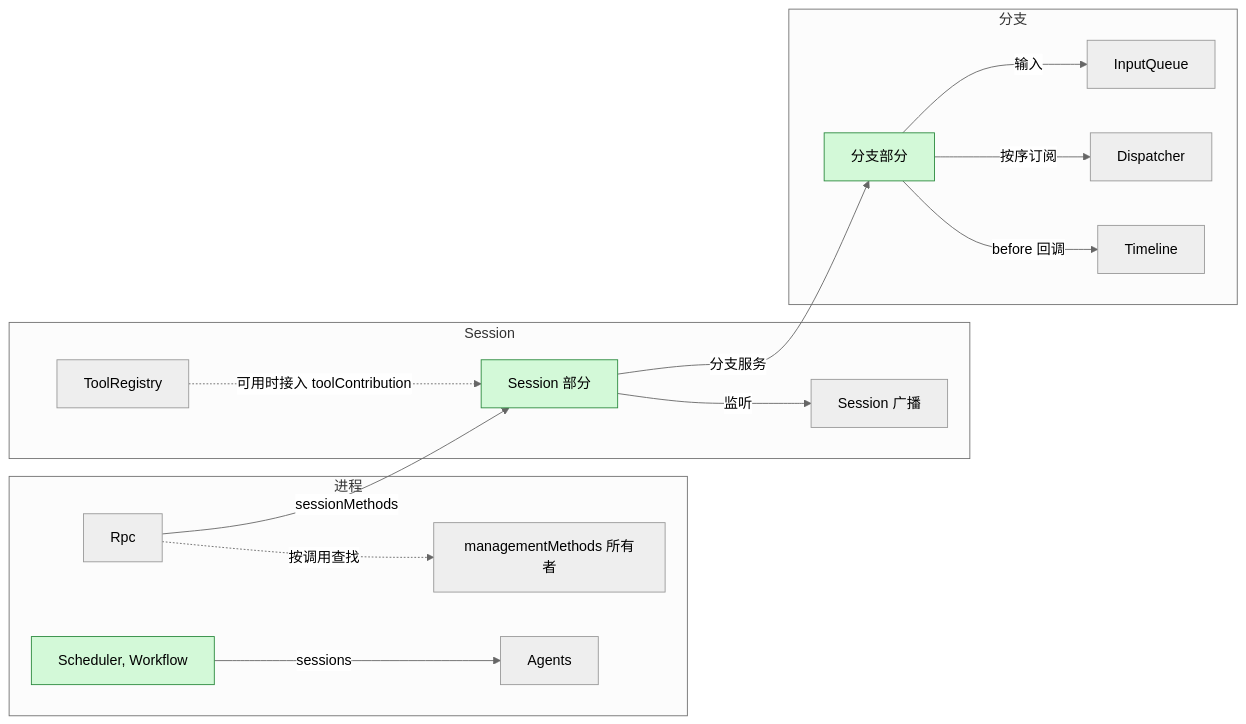
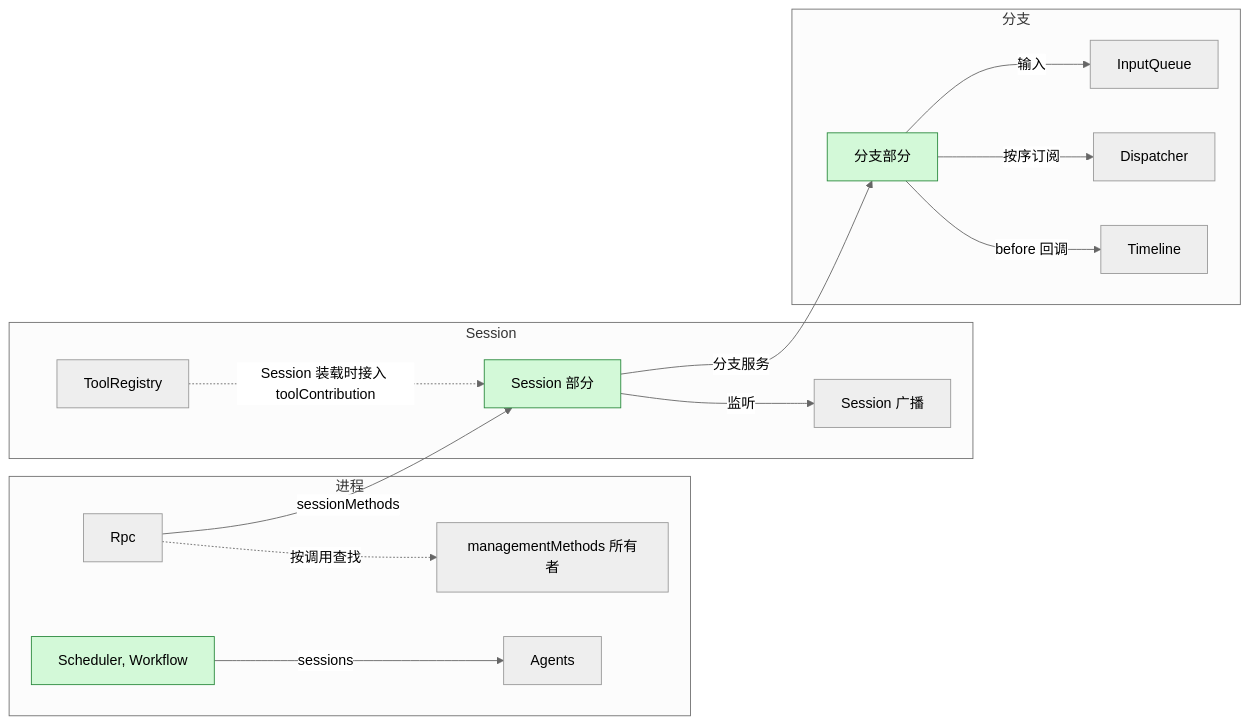
One commit to CoutinhoTTS/dim-agent changed the second of 8 diagrams in docs/zh/design/overview.md. Above: the diagram before and after it, drawn with Mermaid (neutral theme). The commit also changed other lines of this file and 23 other files, not shown here.

````diff
--- a/docs/zh/design/overview.md
+++ b/docs/zh/design/overview.md
@@ -105,31 +105,31 @@
 ```mermaid
 flowchart LR
   classDef new fill:#d3f9d8,stroke:#2b8a3e,color:#000
 
   subgraph PROC["进程"]
     Rpc["Rpc"]
     Agents["Agents"]
     SchedP["Scheduler, Workflow"]:::new
     MM["managementMethods 所有者"]
   end
   subgraph SES["Session"]
     TR["ToolRegistry"]
     BC["Session 广播"]
     SP["Session 部分"]:::new
   end
   subgraph BR["分支"]
     TL["Timeline"]
     DP["Dispatcher"]
     IQ["InputQueue"]
     BP["分支部分"]:::new
   end
   Rpc -.->|"按调用查找"| MM
   Rpc -->|"sessionMethods"| SP
-  TR -.->|"可用时接入 toolContribution"| SP
+  TR -.->|"Session 装载时接入 toolContribution"| SP
   SP -->|"监听"| BC
   BP -->|"before 回调"| TL
   BP -->|"按序订阅"| DP
   BP -->|"输入"| IQ
   SchedP -->|"sessions"| Agents
   SP -->|"分支服务"| BP
 ```
````
